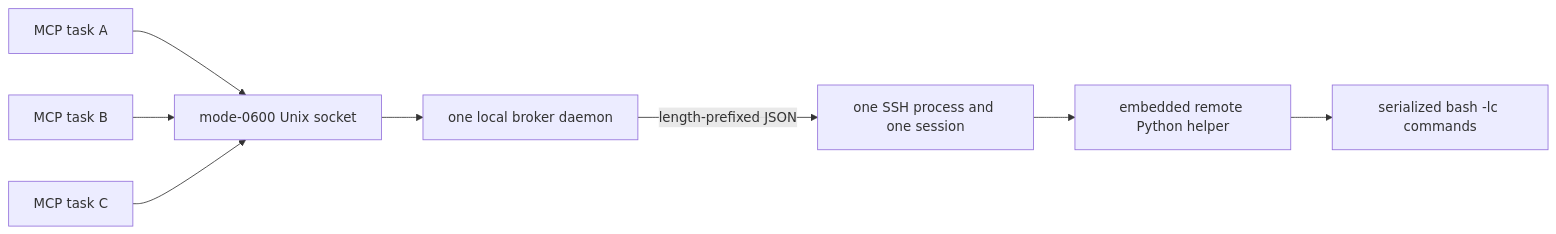
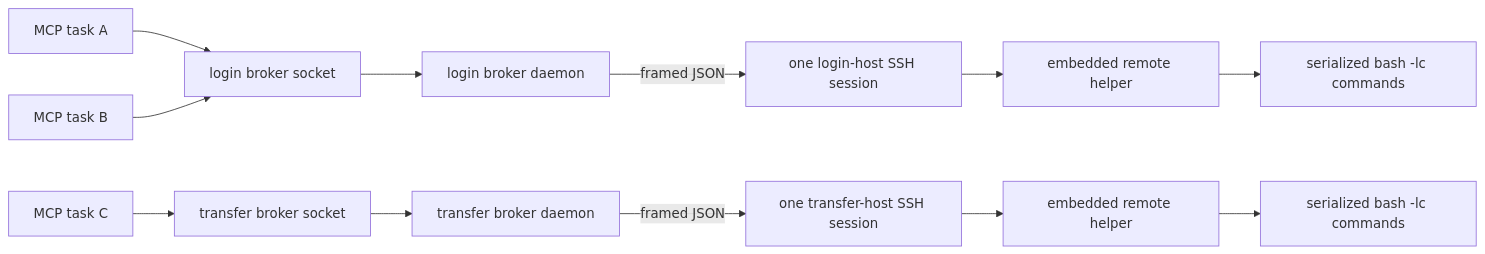
One commit to jiaxi1102/o2-mcp changed the diagram in docs/PERSISTENT_COMMAND_BROKER.md. Above: the diagram before and after it, drawn with Mermaid. The commit also changed other lines of this file and 12 other files, not shown here.

````diff
--- a/docs/PERSISTENT_COMMAND_BROKER.md
+++ b/docs/PERSISTENT_COMMAND_BROKER.md
@@ -14,10 +14,14 @@
 ```mermaid
 flowchart LR
-    A["MCP task A"] --> U["mode-0600 Unix socket"]
-    B["MCP task B"] --> U
-    C["MCP task C"] --> U
-    U --> D["one local broker daemon"]
-    D -->|"length-prefixed JSON"| S["one SSH process and one session"]
-    S --> R["embedded remote Python helper"]
-    R --> X["serialized bash -lc commands"]
+    A["MCP task A"] --> L["login broker socket"]
+    B["MCP task B"] --> L
+    C["MCP task C"] --> T["transfer broker socket"]
+    L --> LD["login broker daemon"]
+    T --> TD["transfer broker daemon"]
+    LD -->|"framed JSON"| LS["one login-host SSH session"]
+    TD -->|"framed JSON"| TS["one transfer-host SSH session"]
+    LS --> LR["embedded remote helper"]
+    TS --> TR["embedded remote helper"]
+    LR --> LX["serialized bash -lc commands"]
+    TR --> TX["serialized bash -lc commands"]
 ```
````
